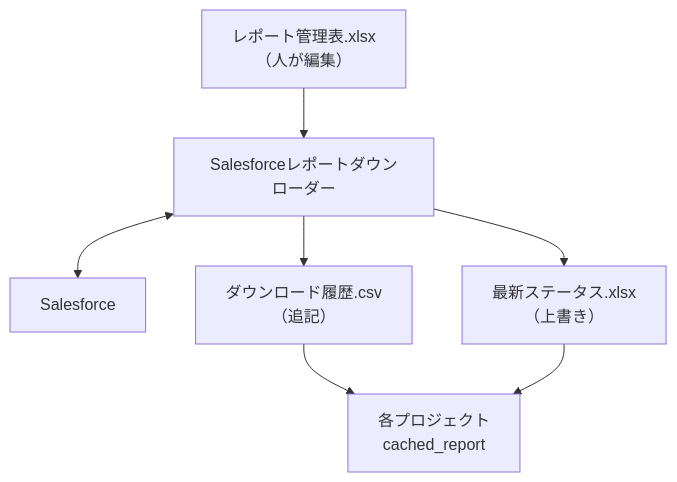
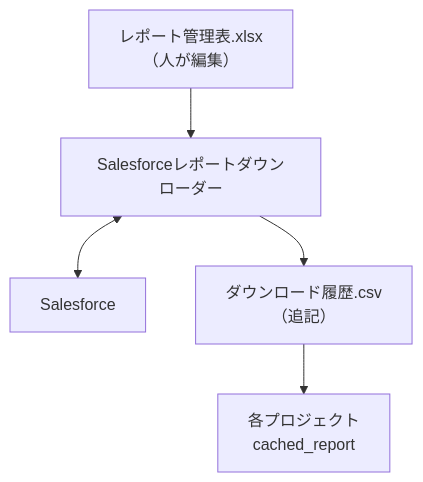
The first of 2 diagrams in docs/salesforce-downloader.md (tenniscorecom/comken), drawn with Mermaid before and after one commit. The commit also changed other lines of this file and 23 other files, not shown here.

````diff
--- a/docs/salesforce-downloader.md
+++ b/docs/salesforce-downloader.md
@@ -26,9 +26,7 @@
 ```mermaid
 graph TD
     A["レポート管理表.xlsx<br/>（人が編集）"] --> B["Salesforceレポートダウンローダー"]
     B <--> C["Salesforce"]
     B --> D["ダウンロード履歴.csv<br/>（追記）"]
-    B --> E["最新ステータス.xlsx<br/>（上書き）"]
     D --> F["各プロジェクト<br/>cached_report"]
-    E --> F
 ```
````
